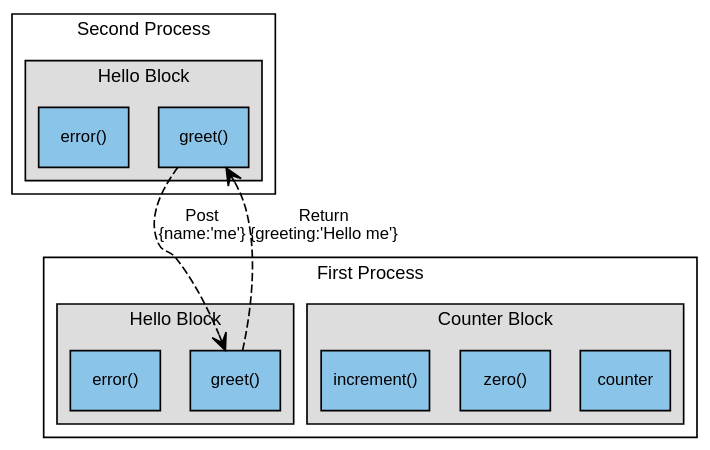
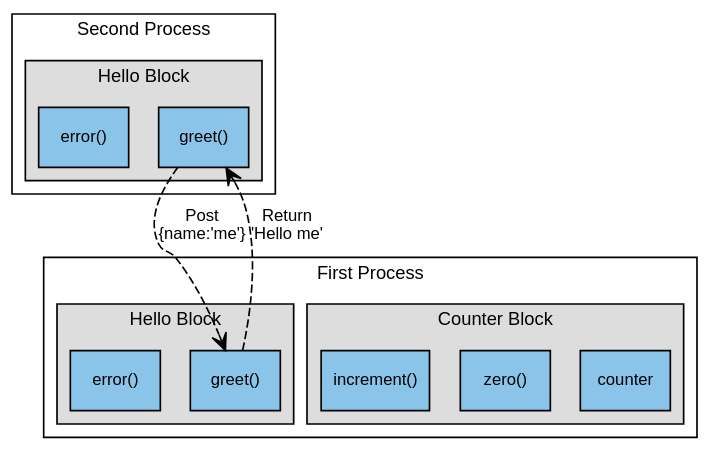
The first of 3 diagrams in docs/tutorials/hello.rst (DiamondLightSource/pymalcolm), drawn with Graphviz before and after one commit. The commit also changed other lines of this file and 4 other files, not shown here.

```diff
--- a/docs/tutorials/hello.rst
+++ b/docs/tutorials/hello.rst
@@ -160,34 +160,34 @@
 .. digraph:: distributed_object_usage
 
     bgcolor=transparent
     node [fontname=Arial fontsize=10 shape=box style=filled fillcolor="#8BC4E9"]
     graph [fontname=Arial fontsize=11 fillcolor="#DDDDDD"]
     edge [fontname=Arial fontsize=10 arrowhead=vee]
 
     subgraph cluster_p2 {
         label="Second Process"
         subgraph cluster_h2 {
             label="Hello Block"
             style=filled
             g2 [label="greet()"]
             e2 [label="error()"]
         }
     }
 
     subgraph cluster_p1 {
         label="First Process"
         subgraph cluster_c1 {
             label="Counter Block"
             style=filled
             counter "zero()" "increment()"
         }
         subgraph cluster_h1 {
             label="Hello Block"
             style=filled
             g1 [label="greet()"]
             e1 [label="error()"]
         }
     }
 
     g2 -> g1 [style=dashed label="Post\n{name:'me'}"]
-    g1 -> g2 [style=dashed label="Return\n{greeting:'Hello me'}"]
+    g1 -> g2 [style=dashed label="Return\n'Hello me'"]
```
